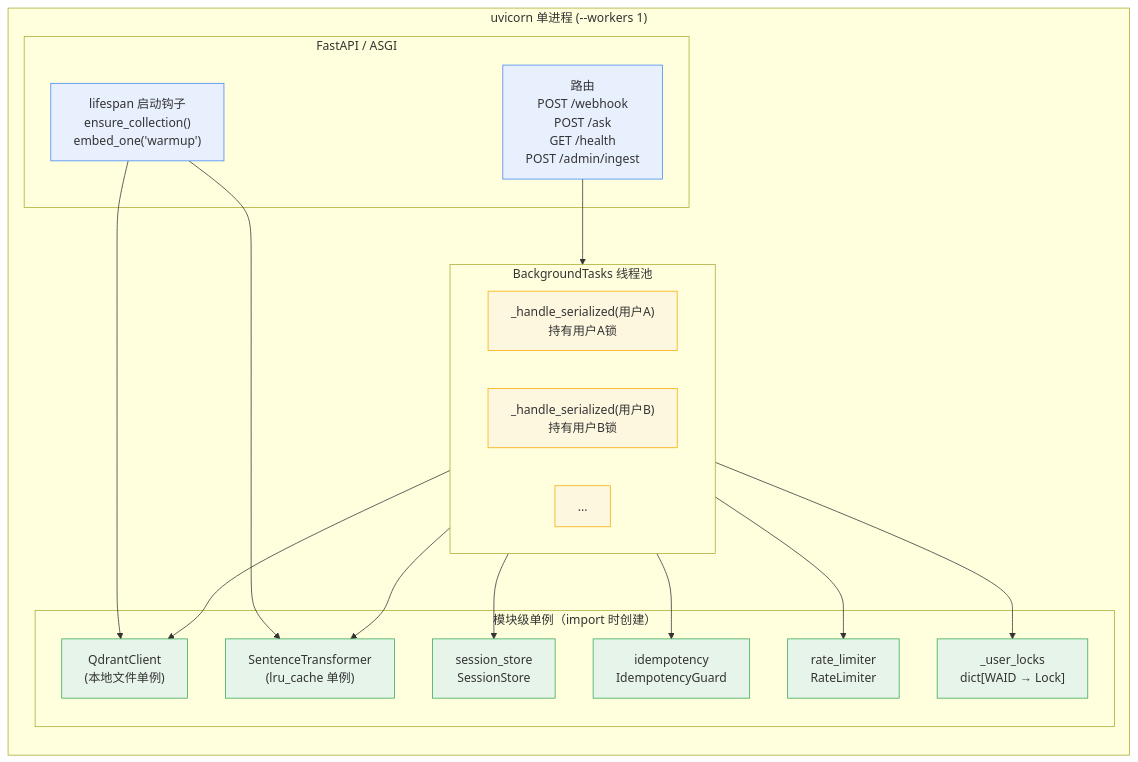
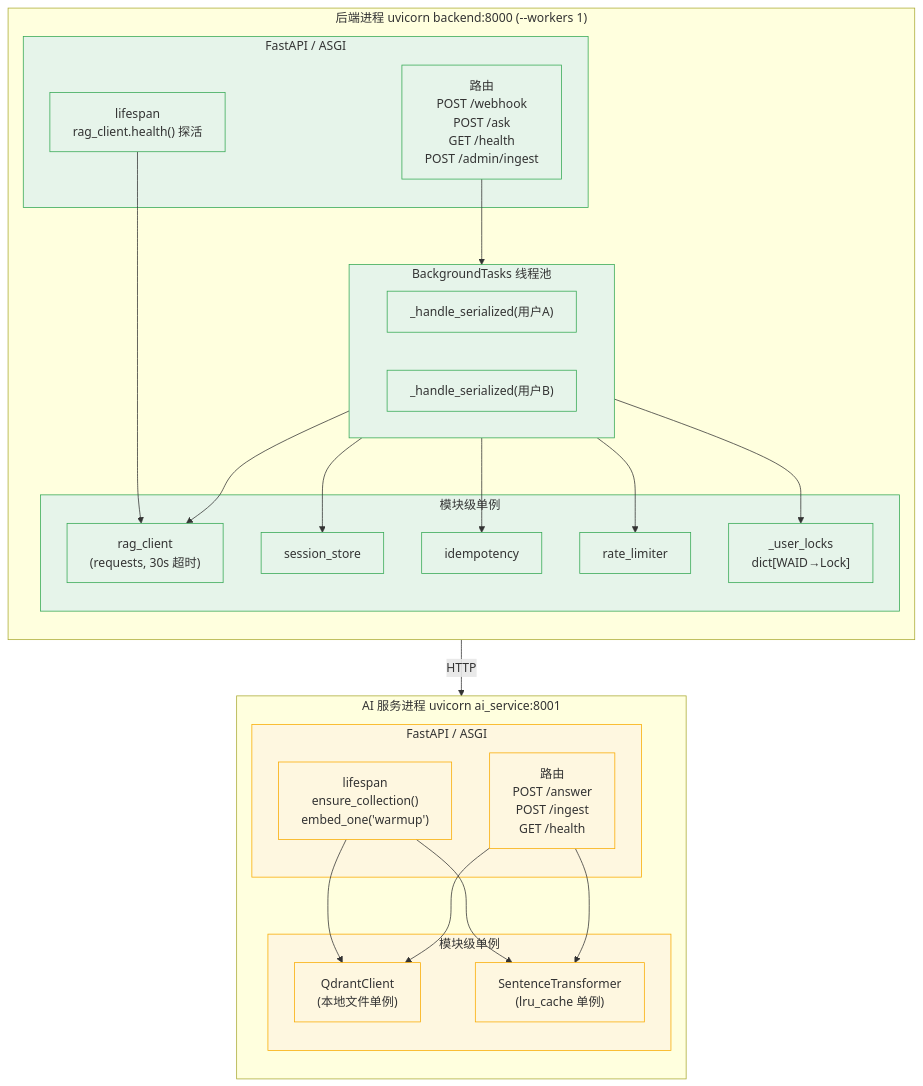
Before and after one commit to xiaozhao0309/whatsAppAgent: the fourth of 6 diagrams in docs/架构图.md, drawn with Mermaid. The commit also changed other lines of this file and 4 other files, not shown here.

First line of the commit message:
docs: align documentation with two-service (backend + ai_service) architecture

````diff
--- a/docs/架构图.md
+++ b/docs/架构图.md
@@ -220,42 +254,51 @@
 ```mermaid
 graph TB
-    subgraph PROC["uvicorn 单进程 (--workers 1)"]
+    subgraph BP["后端进程 uvicorn backend:8000 (--workers 1)"]
         direction TB
-        subgraph ASGI["FastAPI / ASGI"]
-            ROUTES["路由<br/>POST /webhook<br/>POST /ask<br/>GET /health<br/>POST /admin/ingest"]
-            LIFESPAN["lifespan 启动钩子<br/>ensure_collection()<br/>embed_one('warmup')"]
+        subgraph BASGI["FastAPI / ASGI"]
+            BROUTES["路由<br/>POST /webhook<br/>POST /ask<br/>GET /health<br/>POST /admin/ingest"]
+            BLIFE["lifespan<br/>rag_client.health() 探活"]
         end
+        subgraph BGLOB["模块级单例"]
+            SESS["session_store"]
+            IDEM["idempotency"]
+            RL["rate_limiter"]
+            ULOCK["_user_locks<br/>dict[WAID→Lock]"]
+            RC["rag_client<br/>(requests, 30s 超时)"]
+        end
+        subgraph BBG["BackgroundTasks 线程池"]
+            T1["_handle_serialized(用户A)"]
+            T2["_handle_serialized(用户B)"]
+        end
+    end
 
-        subgraph GLOBAL["模块级单例（import 时创建）"]
-            SESS["session_store<br/>SessionStore"]
-            IDEM["idempotency<br/>IdempotencyGuard"]
-            RL["rate_limiter<br/>RateLimiter"]
-            ULOCK["_user_locks<br/>dict[WAID → Lock]"]
+    subgraph AP["AI 服务进程 uvicorn ai_service:8001"]
+        direction TB
+        subgraph AASGI["FastAPI / ASGI"]
+            AROUTES["路由<br/>POST /answer<br/>POST /ingest<br/>GET /health"]
+            ALIFE["lifespan<br/>ensure_collection()<br/>embed_one('warmup')"]
+        end
+        subgraph AGLOB["模块级单例"]
             QCLIENT["QdrantClient<br/>(本地文件单例)"]
             EMB["SentenceTransformer<br/>(lru_cache 单例)"]
         end
-
-        subgraph BG["BackgroundTasks 线程池"]
-            T1["_handle_serialized(用户A)<br/>持有用户A锁"]
-            T2["_handle_serialized(用户B)<br/>持有用户B锁"]
-            T3["..."]
-        end
     end
 
-    ROUTES --> BG
-    BG --> SESS
-    BG --> IDEM
-    BG --> RL
-    BG --> ULOCK
-    BG --> QCLIENT
-    BG --> EMB
-    LIFESPAN --> QCLIENT
-    LIFESPAN --> EMB
+    BROUTES --> BBG
+    BBG --> SESS
+    BBG --> IDEM
+    BBG --> RL
+    BBG --> ULOCK
+    BBG --> RC
+    BLIFE --> RC
+    RC -->|"HTTP"| AROUTES
+    ALIFE --> QCLIENT
+    ALIFE --> EMB
+    AROUTES --> QCLIENT
+    AROUTES --> EMB
 
-    classDef asgi fill:#e8f0fe,stroke:#4285f4
-    classDef sing fill:#e6f4ea,stroke:#34a853
-    classDef bg fill:#fef7e0,stroke:#f9ab00
-    class ROUTES,LIFESPAN asgi
-    class SESS,IDEM,RL,ULOCK,QCLIENT,EMB sing
-    class T1,T2,T3 bg
+    classDef be fill:#e6f4ea,stroke:#34a853
+    classDef ai fill:#fef7e0,stroke:#f9ab00
+    class BROUTES,BLIFE,SESS,IDEM,RL,ULOCK,RC,T1,T2,BBG,BGLOB,BASGI be
+    class AROUTES,ALIFE,QCLIENT,EMB,AGLOB,AASGI ai
 ```
````
